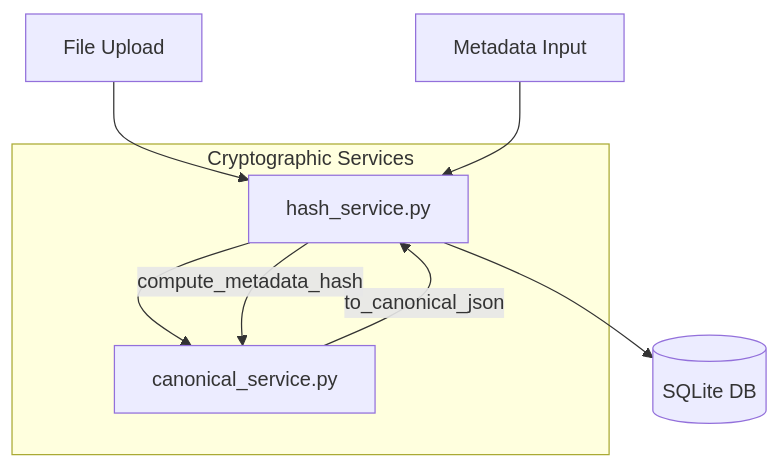
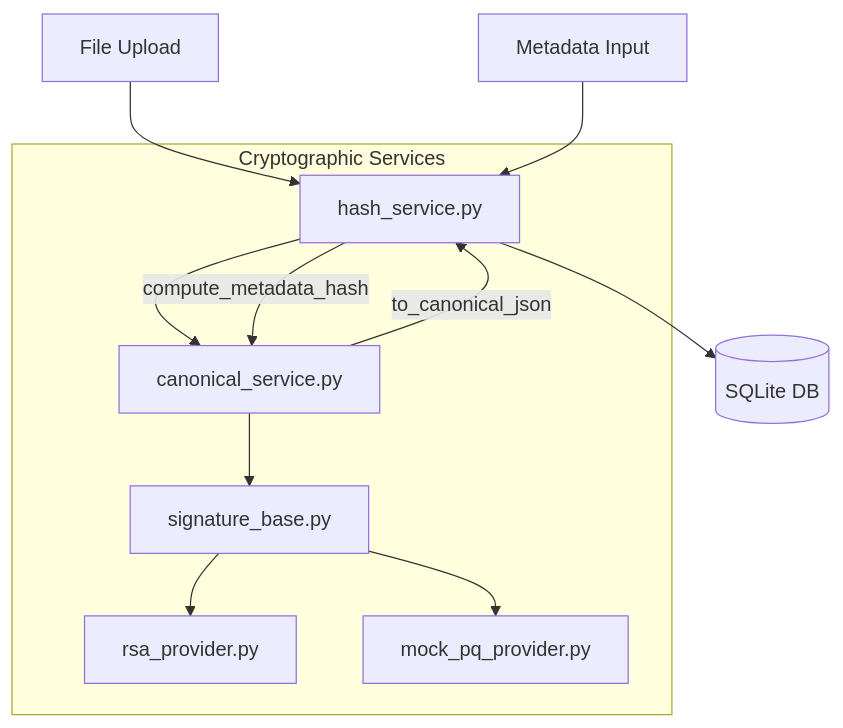
Before and after one commit to Rabuno/vietheritage-qsafe: the diagram in docs/service_graph.md, drawn with Mermaid. The commit also changed other lines of this file and 6 other files, not shown here.

Commit message:
feat: RSA and Mock-PQ signature providers with documentation

````diff
--- a/docs/service_graph.md
+++ b/docs/service_graph.md
@@ -3,15 +3,23 @@
 ```mermaid
 graph TD
     FileUpload[File Upload] --> HashService[HashService]
     Metadata[Metadata Input] --> HashService
     HashService --> CanonicalService[CanonicalService]
     HashService --> DB[(SQLite DB)]
     
+    CanonicalService --> SignatureProvider[Signature Providers]
+    
     subgraph Cryptographic Services
         HashService[hash_service.py]
         CanonicalService[canonical_service.py]
+        SignatureProvider[signature_base.py]
+        RSA[rsa_provider.py]
+        MockPQ[mock_pq_provider.py]
     end
+    
+    SignatureProvider --> RSA
+    SignatureProvider --> MockPQ
     
     HashService -- compute_metadata_hash --> CanonicalService
     CanonicalService -- to_canonical_json --> HashService
 ```
````
